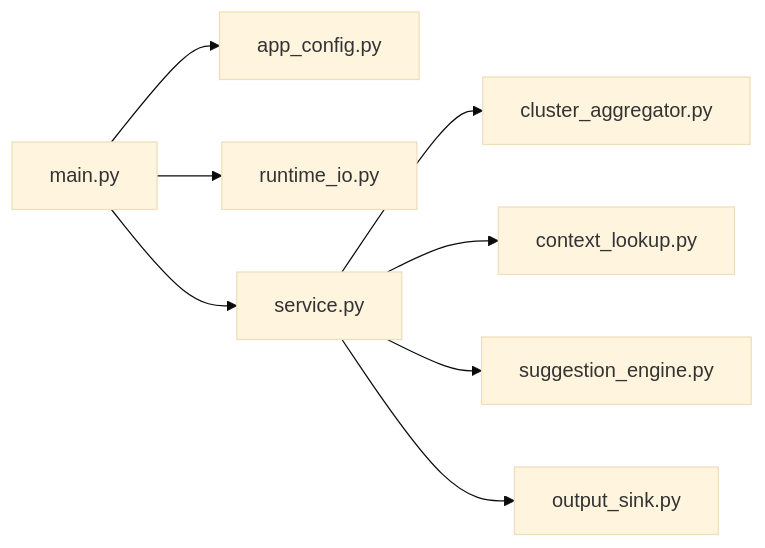
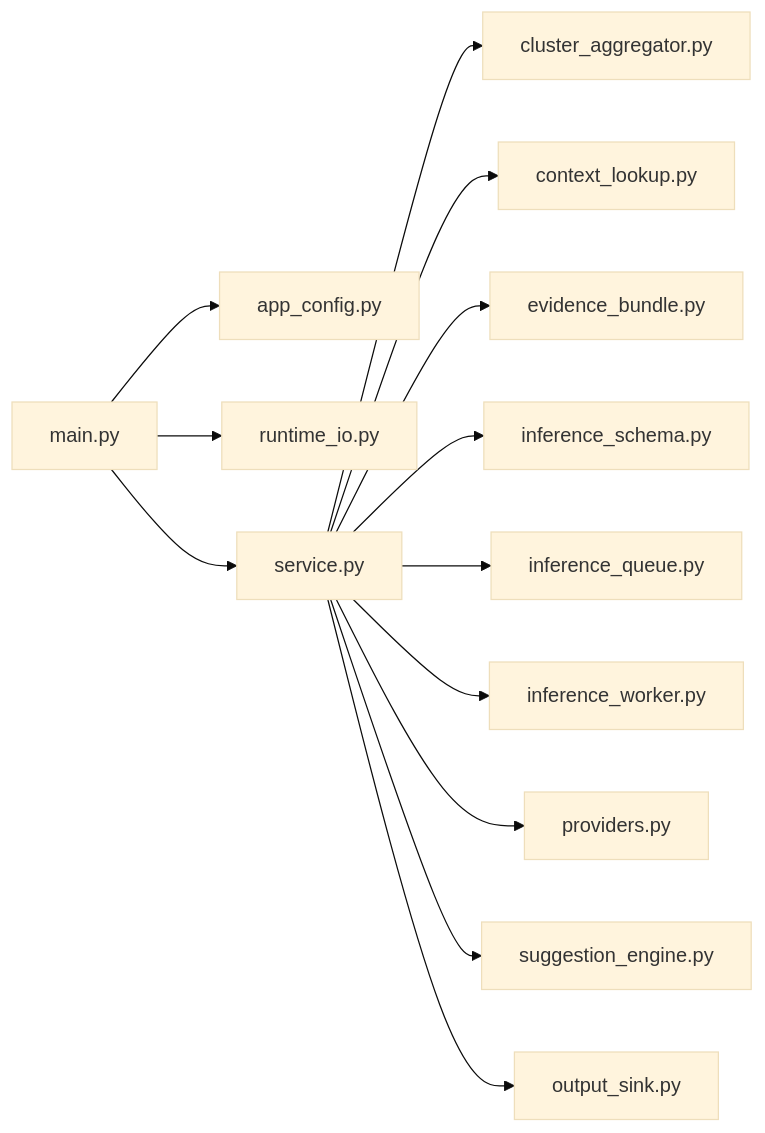
The diagram in core/README.md (Epochex/Netops-Hybird-AIOps-Platform), drawn with Mermaid (base theme) before and after one commit. The commit also changed other lines of this file and 15 other files, not shown here.

````diff
--- a/core/README.md
+++ b/core/README.md
@@ -26,10 +26,15 @@
 ```mermaid
 flowchart LR
   A[main.py] --> B[app_config.py]
   A --> C[runtime_io.py]
   A --> D[service.py]
   D --> H[cluster_aggregator.py]
   D --> E[context_lookup.py]
+  D --> I[evidence_bundle.py]
+  D --> J[inference_schema.py]
+  D --> K[inference_queue.py]
+  D --> L[inference_worker.py]
+  D --> M[providers.py]
   D --> F[suggestion_engine.py]
   D --> G[output_sink.py]
 ```
````
